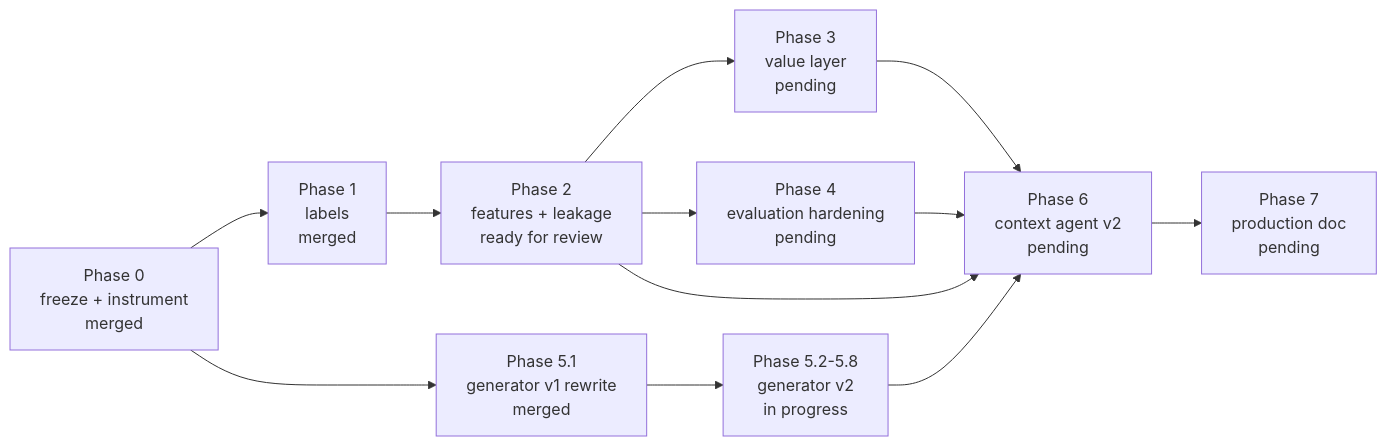
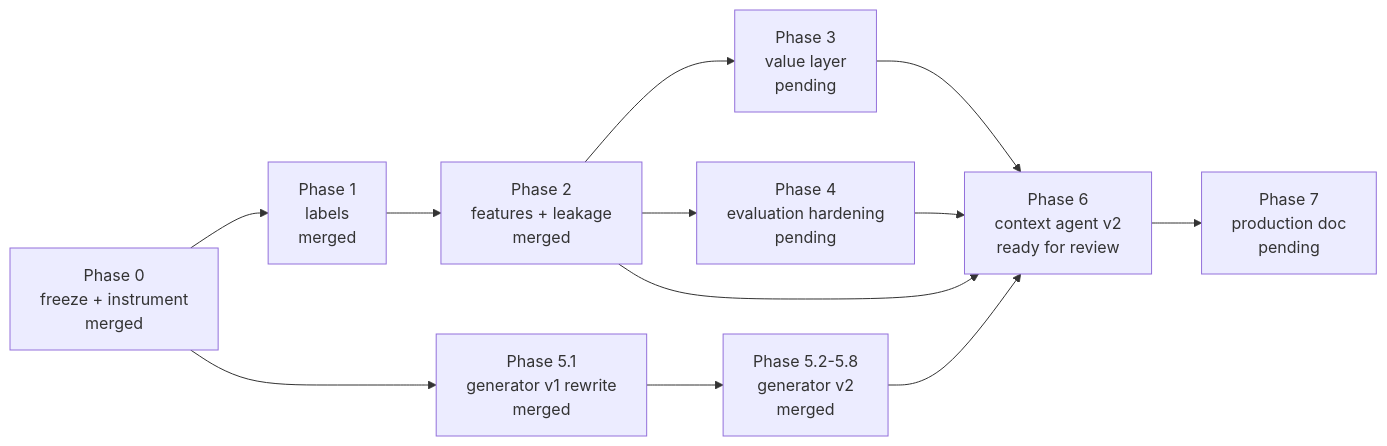
One commit to dsj-emva/learning-modal changed the third of 4 diagrams in docs/ARCHITECTURE.md. Above: the diagram before and after it, drawn with Mermaid. The commit also changed other lines of this file and 5 other files, not shown here.

Commit message:
Docs: Phase 6 ready for review; ADR 0014 (context contract, Proposed); ADR 0010 updated

````diff
--- a/docs/ARCHITECTURE.md
+++ b/docs/ARCHITECTURE.md
@@ -153,14 +153,14 @@
 ```mermaid
 flowchart LR
     P0["Phase 0<br/>freeze + instrument<br/>merged"] --> P1["Phase 1<br/>labels<br/>merged"]
-    P1 --> P2["Phase 2<br/>features + leakage<br/>ready for review"]
+    P1 --> P2["Phase 2<br/>features + leakage<br/>merged"]
     P2 --> P3["Phase 3<br/>value layer<br/>pending"]
     P2 --> P4["Phase 4<br/>evaluation hardening<br/>pending"]
     P0 --> P51["Phase 5.1<br/>generator v1 rewrite<br/>merged"]
-    P51 --> P5["Phase 5.2-5.8<br/>generator v2<br/>in progress"]
-    P3 --> P6["Phase 6<br/>context agent v2<br/>pending"]
+    P51 --> P5["Phase 5.2-5.8<br/>generator v2<br/>merged"]
+    P3 --> P6["Phase 6<br/>context agent v2<br/>ready for review"]
     P4 --> P6
     P5 --> P6
     P2 --> P6
     P6 --> P7["Phase 7<br/>production doc<br/>pending"]
 ```
````
